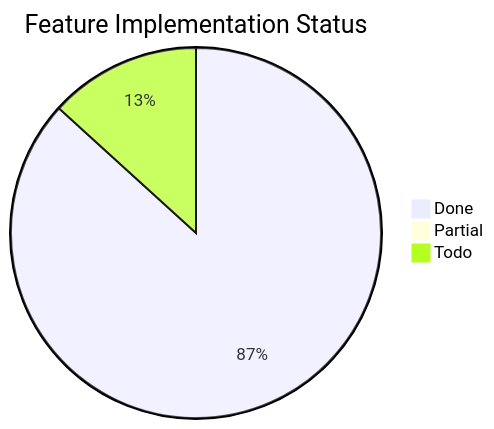
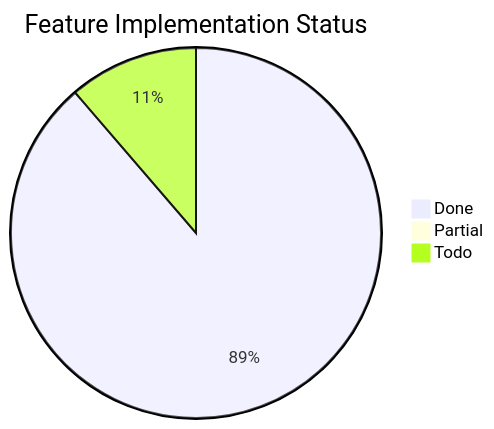
The third of 3 diagrams in docs/word-features.md (Papyrine/Morph), drawn with Mermaid before and after one commit. The commit also changed other lines of this file and 19 other files, not shown here.

````diff
--- a/docs/word-features.md
+++ b/docs/word-features.md
@@ -2207,6 +2233,6 @@
 ```mermaid
 pie title Feature Implementation Status
-    "Done" : 144
+    "Done" : 149
     "Partial" : 0
-    "Todo" : 22
+    "Todo" : 19
 ```
````
